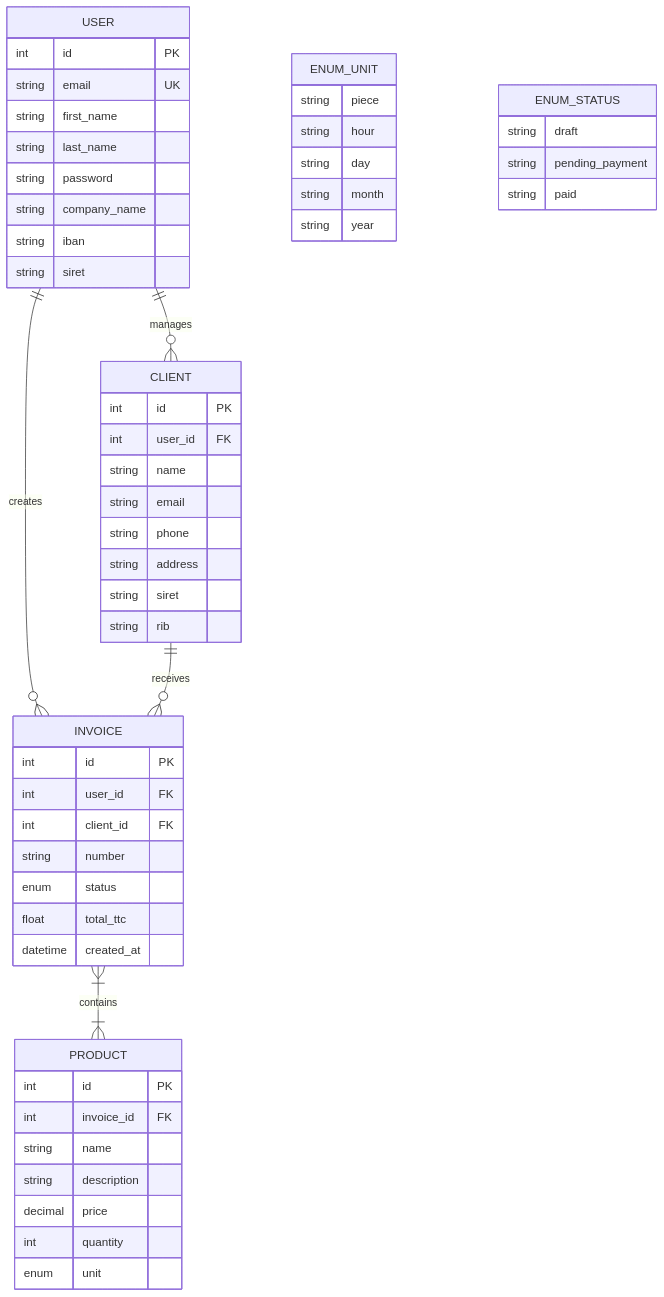
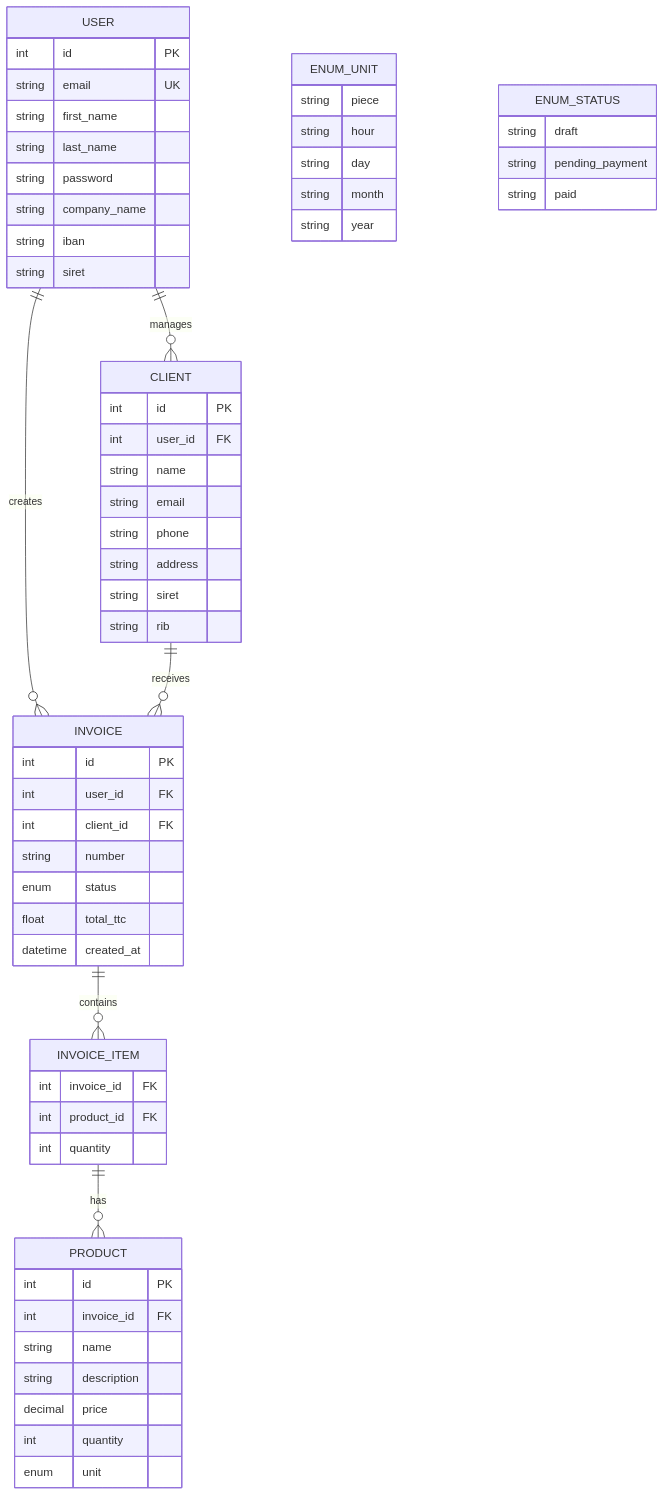
The diagram in Phase 3 - Symfony Docker et Test/Symfony/Projets/2. SaaSFacturation/Cahier des charges.md (CHAOUCHI/cdpi-dwwm), drawn with Mermaid before and after one commit. The commit also changed 1 other file, not shown here.

Commit message:
update mant to many

````diff
--- a/Phase 3 - Symfony Docker et Test/Symfony/Projets/2. SaaSFacturation/Cahier des charges.md
+++ b/Phase 3 - Symfony Docker et Test/Symfony/Projets/2. SaaSFacturation/Cahier des charges.md
@@ -139,59 +139,66 @@
 ```mermaid
 erDiagram
 USER ||--o{ INVOICE : creates
 USER ||--o{ CLIENT : manages
 CLIENT ||--o{ INVOICE : receives
-INVOICE }|--|{ PRODUCT : contains
+INVOICE ||--o{ INVOICE_ITEM : contains
+INVOICE_ITEM ||--o{ PRODUCT : has
+
 INVOICE {
     int id PK
     int user_id FK
     int client_id FK
     string number
     enum status
     float total_ttc
     datetime created_at
+}
+INVOICE_ITEM {
+    int invoice_id FK
+    int product_id FK
+    int quantity
 }
 USER {
     int id PK
     string email UK
     string first_name
     string last_name
     string password
     string company_name
     string iban
     string siret
 }
 CLIENT {
     int id PK
     int user_id FK
     string name
     string email
     string phone
     string address
     string siret
     string rib
 }
 PRODUCT {
     int id PK
     int invoice_id FK
     string name
     string description
     decimal price
     int quantity
     enum unit 
 }
 
 ENUM_UNIT {
     string piece
     string hour
     string day
     string month
     string year
 }
 
 ENUM_STATUS {
     string draft
     string pending_payment
     string paid
 }
 ```
````
